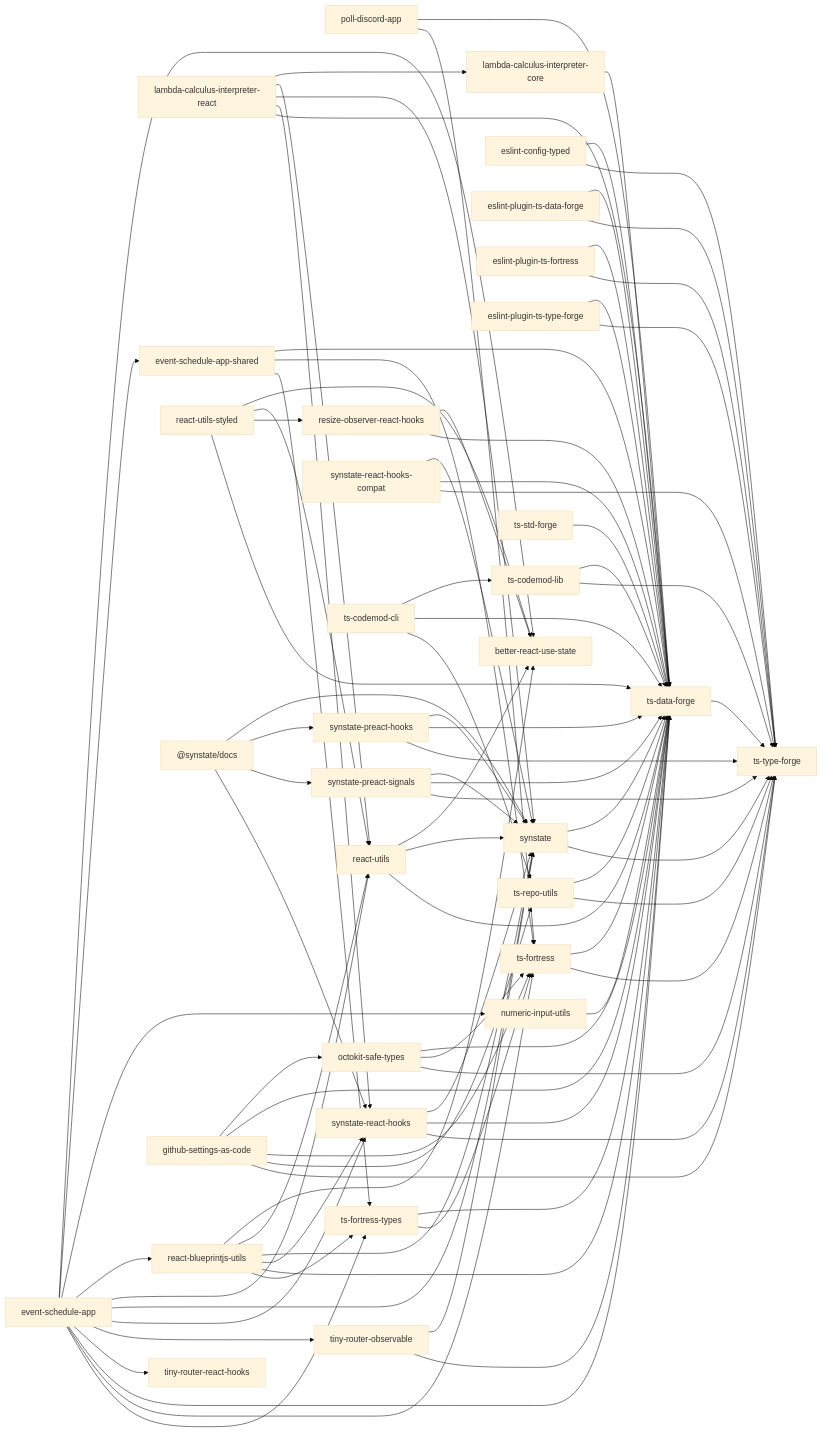
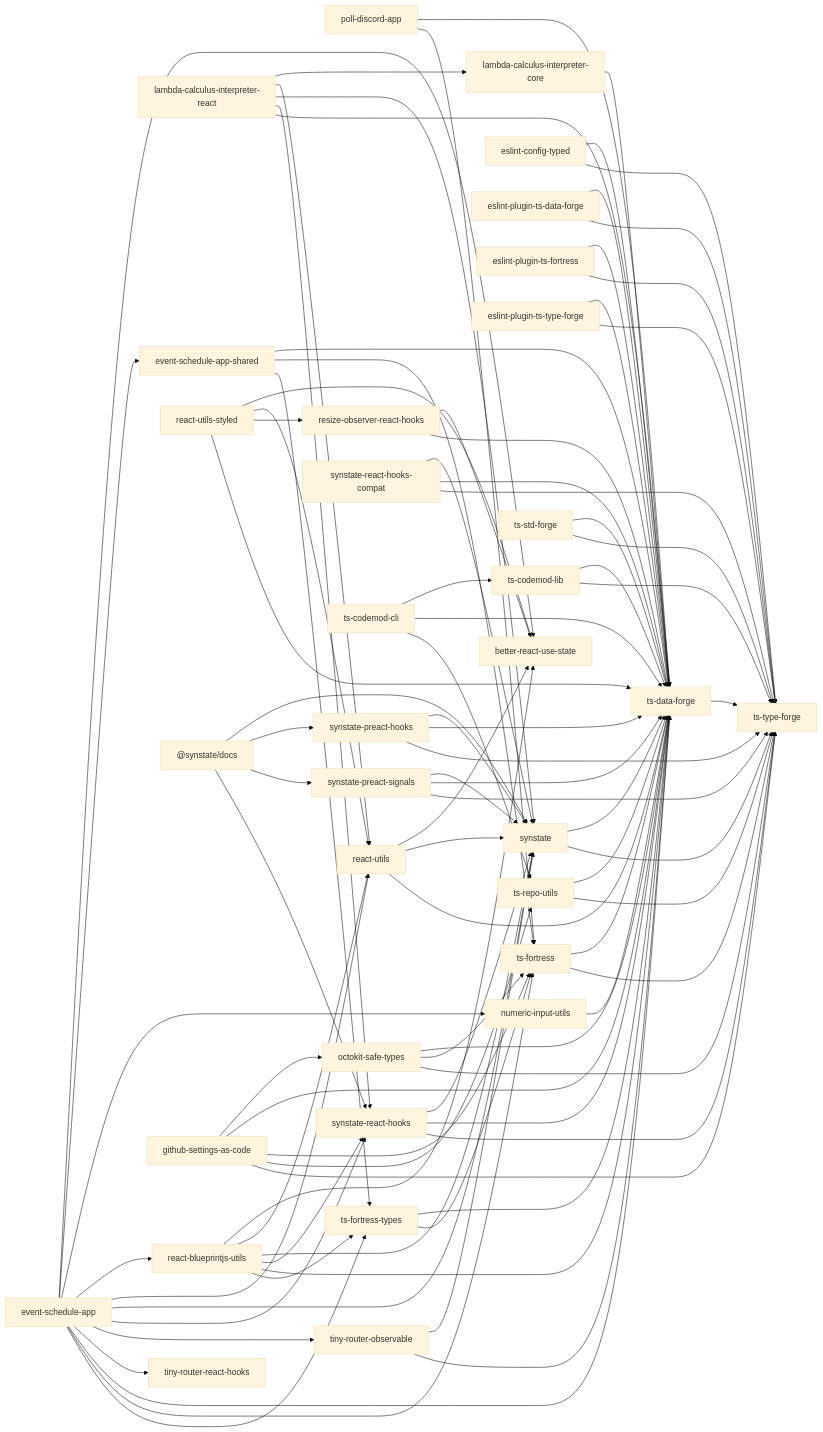
One commit to noshiro-pf/mono changed the diagram in docs/package-dependencies.md. Above: the diagram before and after it, drawn with Mermaid (base theme). The commit also changed other lines of this file and 26 other files, not shown here.

First line of the commit message:
feat(ts-std-forge)!: エラーを検証ファーストの tagged union に再設計 (#1741)

````diff
--- a/docs/package-dependencies.md
+++ b/docs/package-dependencies.md
@@ -133,4 +133,5 @@
   ts_repo_utils --> ts_data_forge
   ts_repo_utils --> ts_type_forge
   ts_std_forge --> ts_data_forge
+  ts_std_forge --> ts_type_forge
 ```
````
